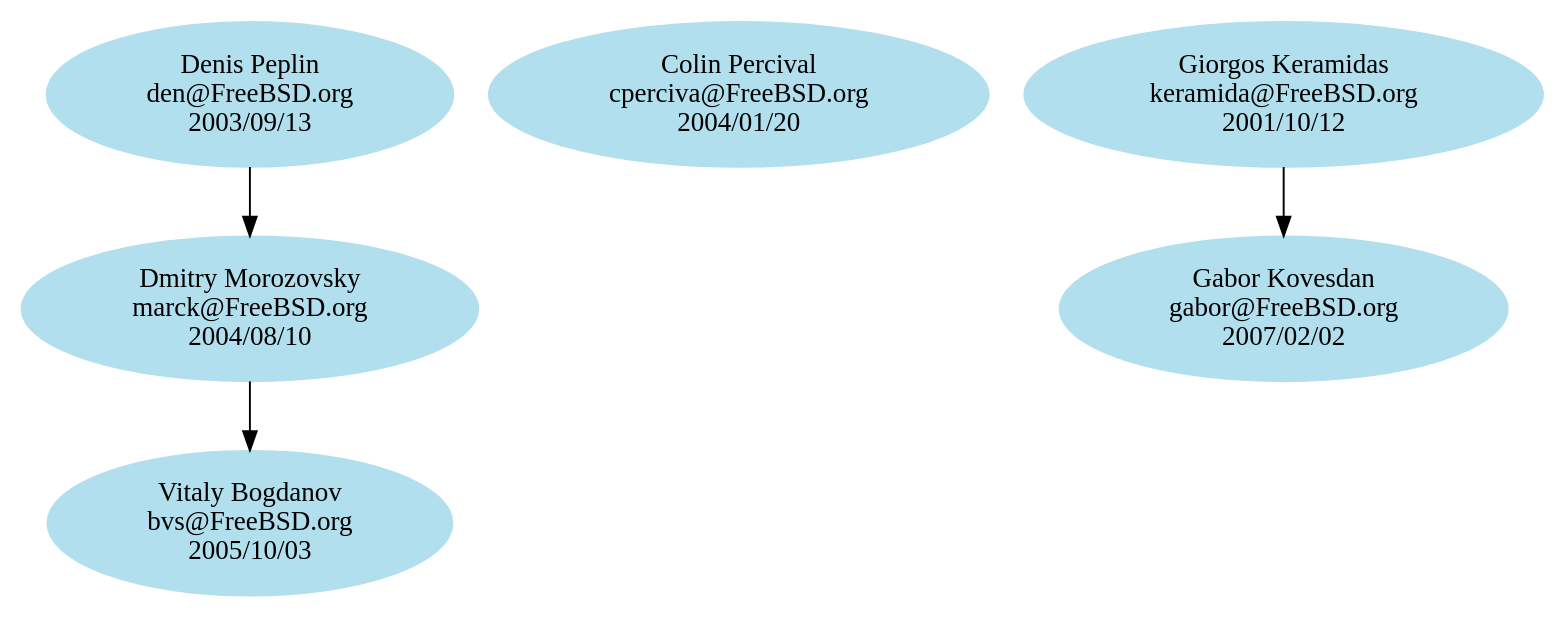
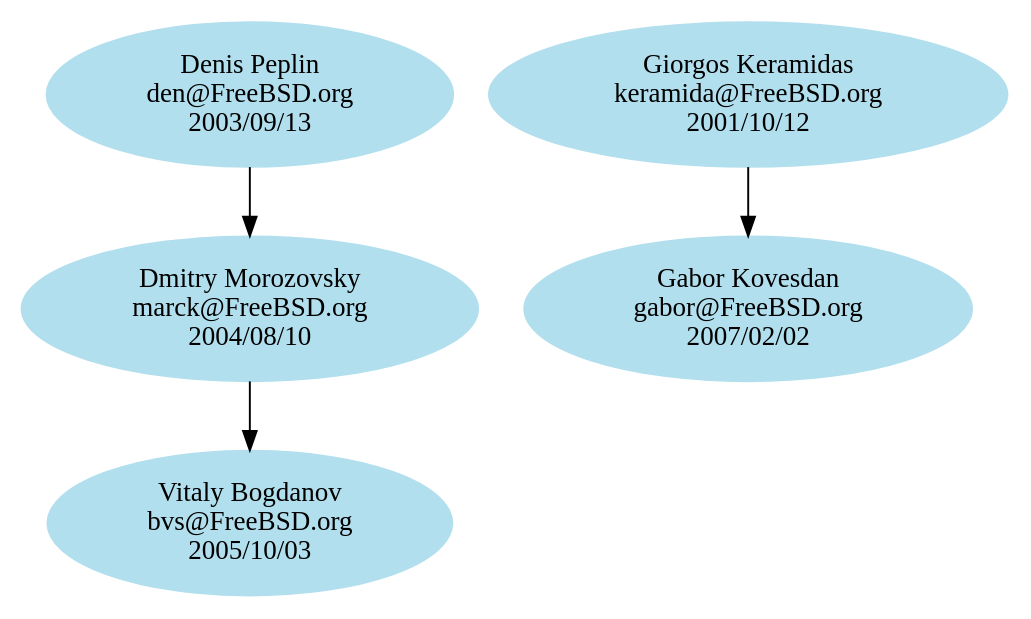
Before and after one commit to kelvinyu/unix-history-repo: the diagram in share/misc/committers-doc.dot, drawn with Graphviz. The commit also changed 2 other files, not shown here.

Commit message:
Add some comments about entries formats. Group by mentor, sort alphabetically, move adamw to alumni.

```diff
--- a/share/misc/committers-doc.dot
+++ b/share/misc/committers-doc.dot
@@ -1,28 +1,43 @@
 # $FreeBSD$
 
 digraph doc {
 
+# Node definitions follow this example:
+#
+#   foo [label="Foo Bar\nfoo@FreeBSD.org\n????/??/??"]
+#
+# ????/??/?? is the date when the commit bit was obtained, usually the one you
+# can find looking at CVS logs for the access (or avail) file under CVSROOT.
+#
+# For returned commit bits, the node definition will follow this example:
+#
+#   foo [label="Foo Bar\nfoo@FreeBSD.org\n????/??/??\n????/??/??"]
+#
+# The first date is the same as for an active committer, the second date is
+# the date when the commit bit has been returned. Again, check CVS logs.
+
 node [color=grey62, style=filled, bgcolor=black];
 
-# Alumni go here.
+# Alumni go here. Try to keep things sorted.
 
 node [color=lightblue2, style=filled, bgcolor=black];
 
 # Current doc committers go here. Try to keep things sorted.
 
 bvs [label="Vitaly Bogdanov\nbvs@FreeBSD.org\n2005/10/03"]
-cperciva [label="Colin Percival\ncperciva@FreeBSD.org\n2004/01/20"]
 den [label="Denis Peplin\nden@FreeBSD.org\n2003/09/13"]
 gabor [label="Gabor Kovesdan\ngabor@FreeBSD.org\n2007/02/02"]
 keramida [label="Giorgos Keramidas\nkeramida@FreeBSD.org\n2001/10/12"]
 marck [label="Dmitry Morozovsky\nmarck@FreeBSD.org\n2004/08/10"]
 
 # Here are the mentor/mentee relationships.
+# Group together all the mentees for a particular mentor.
+# Keep the list sorted by mentor login.
+
+den -> marck
 
 keramida -> gabor
 
 marck -> bvs
 
-den -> marck
-
 }
```
